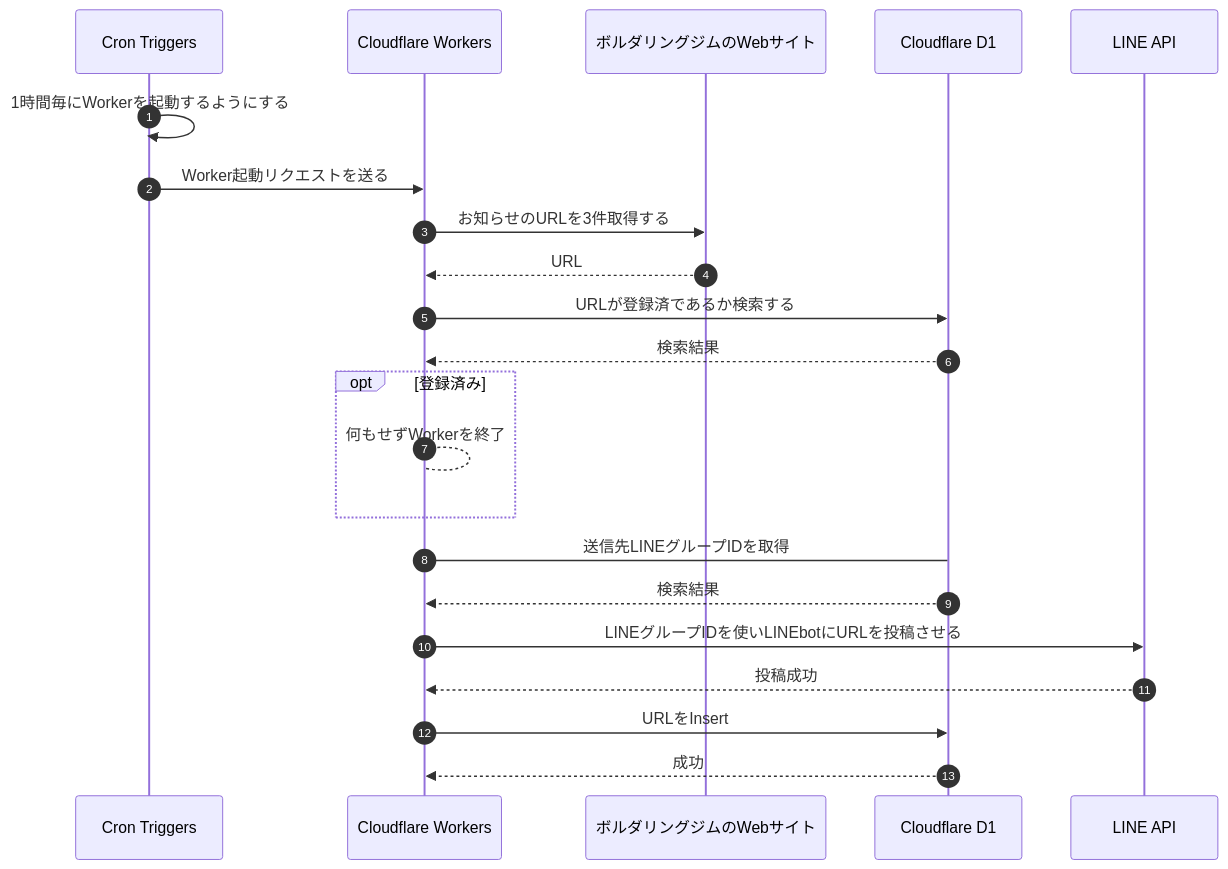
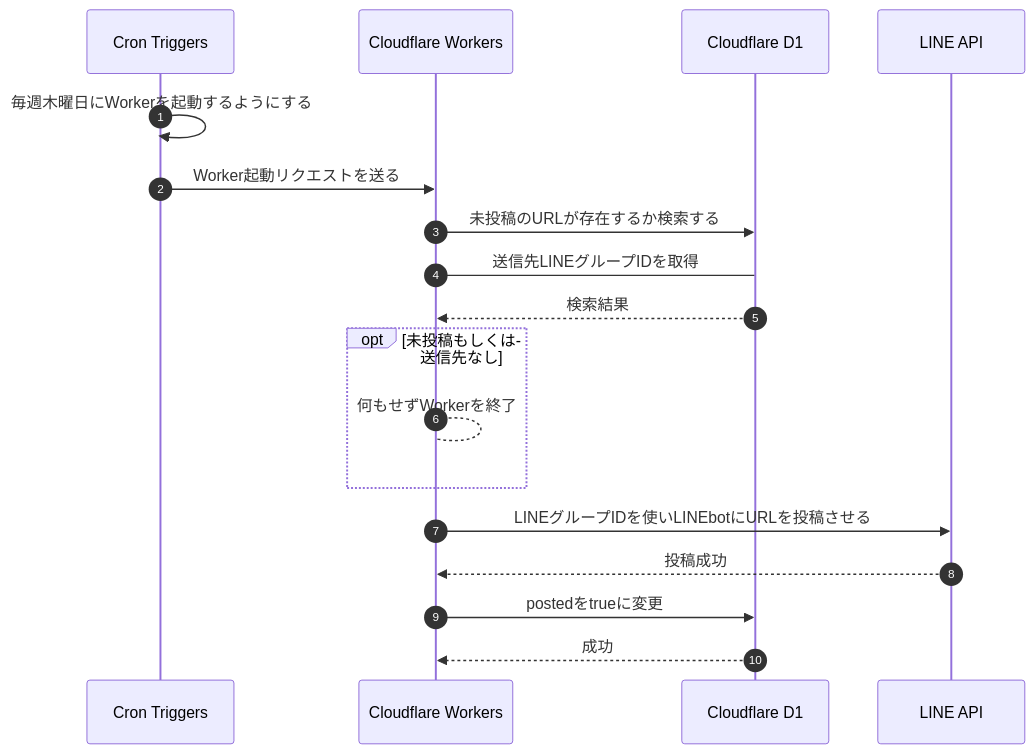
One commit to coniva-bouldering/bouldering-gym-notifier changed the second of 3 diagrams in notifier/README.md. Above: the diagram before and after it, drawn with Mermaid. The commit also changed other lines of this file and 1 other file, not shown here.

Commit message:
READMEの更新

````diff
--- a/notifier/README.md
+++ b/notifier/README.md
@@ -18,25 +43,21 @@
 ```mermaid
 sequenceDiagram
     autonumber
     participant cron as Cron Triggers
     participant worker as Cloudflare Workers
-    participant web as ボルダリングジムのWebサイト
     participant db as Cloudflare D1
     participant line as LINE API
 
-    cron->>cron: 1時間毎にWorkerを起動するようにする
+    cron->>cron: 毎週木曜日にWorkerを起動するようにする
     cron->>worker: Worker起動リクエストを送る
-    worker->>web: お知らせのURLを3件取得する
-    web-->>worker: URL
-    worker->>db: URLが登録済であるか検索する
+    worker->>db: 未投稿のURLが存在するか検索する
+    worker->db: 送信先LINEグループIDを取得
     db-->>worker: 検索結果
-    opt 登録済み
+    opt 未投稿もしくは送信先なし
         worker-->worker: 何もせずWorkerを終了
     end
-    worker->db: 送信先LINEグループIDを取得
-    db-->>worker: 検索結果
     worker->>line: LINEグループIDを使いLINEbotにURLを投稿させる
     line-->>worker: 投稿成功
-    worker->>db: URLをInsert
+    worker->>db: postedをtrueに変更
     db-->>worker: 成功
 ```
````
